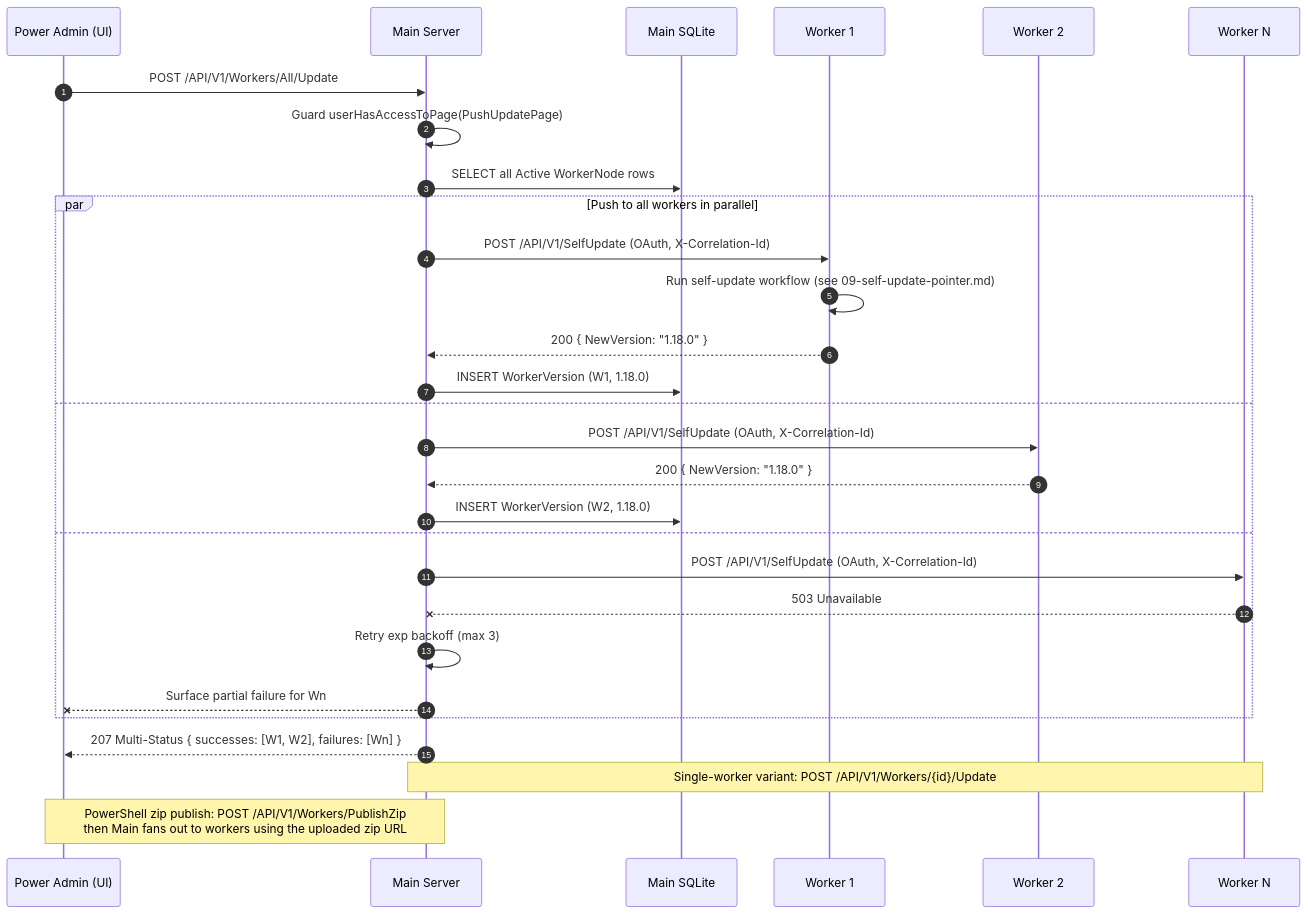
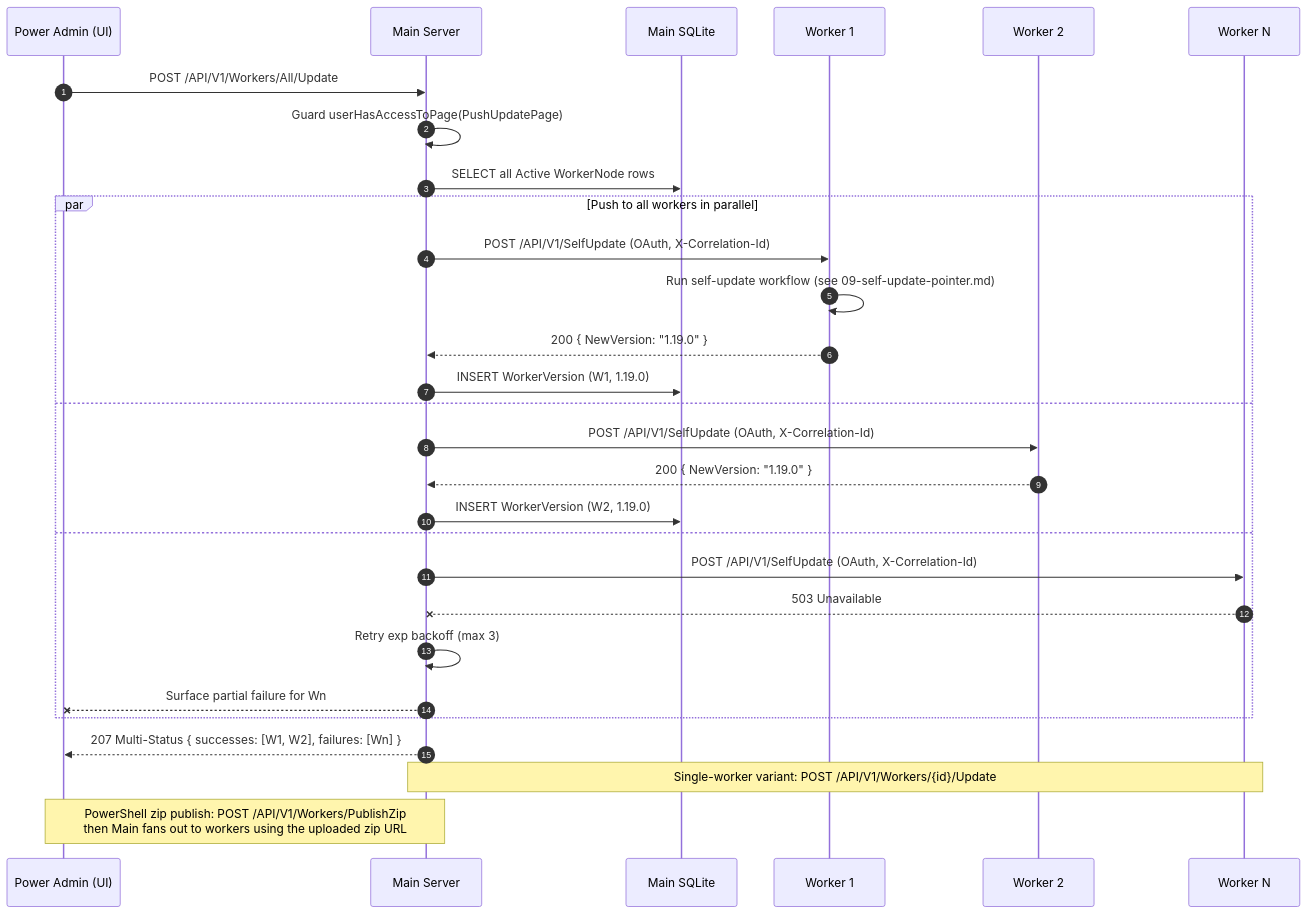
One commit to alimtvnetwork/prompt-architect-v2 changed the diagram in spec/19-main-worker-service/diagrams/seq-push-update.mmd. Above: the diagram before and after it, drawn with Mermaid. The commit also changed 35 other files, not shown here.

```diff
--- a/spec/19-main-worker-service/diagrams/seq-push-update.mmd
+++ b/spec/19-main-worker-service/diagrams/seq-push-update.mmd
@@ -1,43 +1,43 @@
 %% ==========================================================
 %% NON-AUTHORITATIVE PROJECTION
 %% ==========================================================
 %% Subject:        Power-Admin push-update fan-out
 %% Authoritative:  spec/14-update/28-worker-push-instruction.md + spec/19/15-tunable-constants.md
 %% Status:         Illustrative only. If this diagram disagrees
 %%                 with the authoritative spec(s) above, the
 %%                 spec wins and this file is the bug.
 %% Banner version: 1.0.0 (2026-05-04, audit fix #9)
 %% ==========================================================
 sequenceDiagram
     autonumber
     participant Admin as Power Admin (UI)
     participant Main as Main Server
     participant DB as Main SQLite
     participant W1 as Worker 1
     participant W2 as Worker 2
     participant Wn as Worker N
 
     Admin->>Main: POST /API/V1/Workers/All/Update
     Main->>Main: Guard userHasAccessToPage(PushUpdatePage)
     Main->>DB: SELECT all Active WorkerNode rows
 
     par Push to all workers in parallel
         Main->>W1: POST /API/V1/SelfUpdate (OAuth, X-Correlation-Id)
         W1->>W1: Run self-update workflow (see 09-self-update-pointer.md)
-        W1-->>Main: 200 { NewVersion: "1.18.0" }
-        Main->>DB: INSERT WorkerVersion (W1, 1.18.0)
+        W1-->>Main: 200 { NewVersion: "1.19.0" }
+        Main->>DB: INSERT WorkerVersion (W1, 1.19.0)
     and
         Main->>W2: POST /API/V1/SelfUpdate (OAuth, X-Correlation-Id)
-        W2-->>Main: 200 { NewVersion: "1.18.0" }
-        Main->>DB: INSERT WorkerVersion (W2, 1.18.0)
+        W2-->>Main: 200 { NewVersion: "1.19.0" }
+        Main->>DB: INSERT WorkerVersion (W2, 1.19.0)
     and
         Main->>Wn: POST /API/V1/SelfUpdate (OAuth, X-Correlation-Id)
         Wn--xMain: 503 Unavailable
         Main->>Main: Retry exp backoff (max 3)
         Main--xAdmin: Surface partial failure for Wn
     end
 
     Main-->>Admin: 207 Multi-Status { successes: [W1, W2], failures: [Wn] }
 
     Note over Main,Wn: Single-worker variant: POST /API/V1/Workers/{id}/Update
     Note over Admin,Main: PowerShell zip publish: POST /API/V1/Workers/PublishZip<br/>then Main fans out to workers using the uploaded zip URL
```
